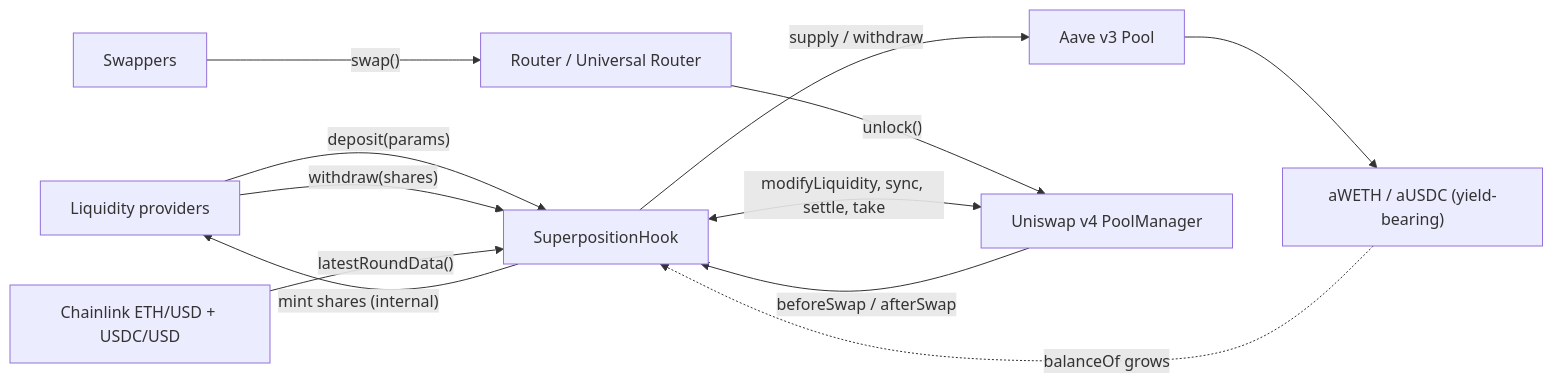
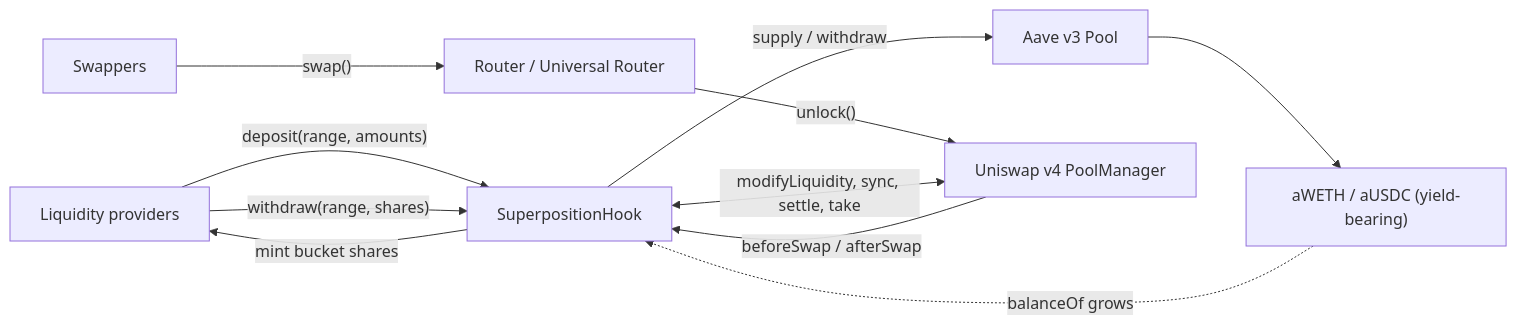
One commit to SolidityDrone/superposition-hook-uni-v4 changed the first of 5 diagrams in README.md. Above: the diagram before and after it, drawn with Mermaid. The commit also changed other lines of this file and 7 other files, not shown here.

First line of the commit message:
refactor!: per-range bucket accounting (one-sided limit orders, no oracle)

````diff
--- a/README.md
+++ b/README.md
@@ -69,17 +68,15 @@
 ```mermaid
 flowchart LR
-    LP["Liquidity providers"] -->|"deposit(params)"| H["SuperpositionHook"]
-    H -->|"mint shares (internal)"| LP
-    LP -->|"withdraw(shares)"| H
+    LP["Liquidity providers"] -->|"deposit(range, amounts)"| H["SuperpositionHook"]
+    H -->|"mint bucket shares"| LP
+    LP -->|"withdraw(range, shares)"| H
 
     H -->|"supply / withdraw"| AAVE["Aave v3 Pool"]
     AAVE --> AT["aWETH / aUSDC (yield-bearing)"]
     AT -.->|"balanceOf grows"| H
 
     SW["Swappers"] -->|"swap()"| R["Router / Universal Router"]
     R -->|"unlock()"| PM["Uniswap v4 PoolManager"]
     PM -->|"beforeSwap / afterSwap"| H
     H <-->|"modifyLiquidity, sync, settle, take"| PM
-
-    CL["Chainlink ETH/USD + USDC/USD"] -->|"latestRoundData()"| H
 ```
````
